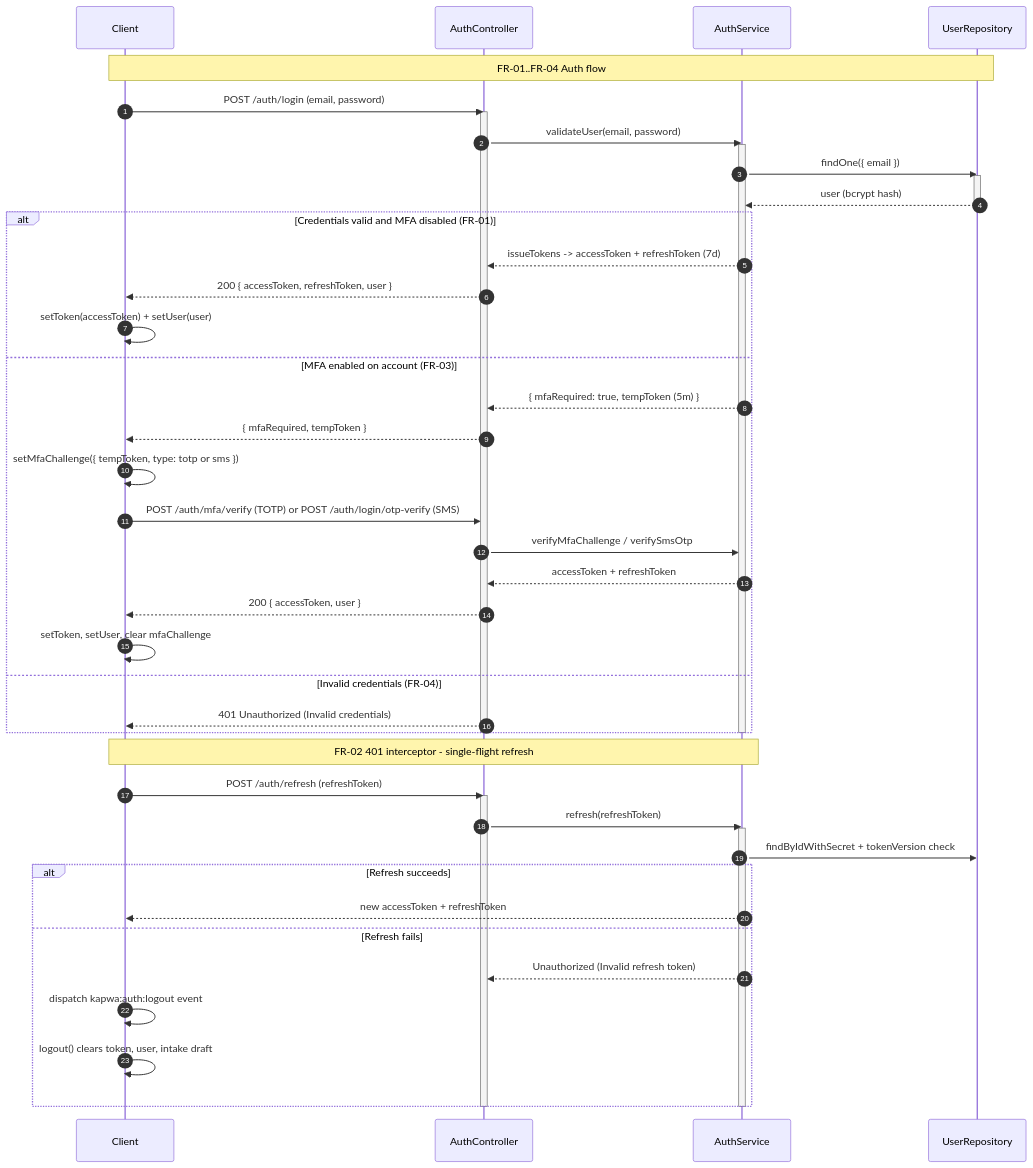
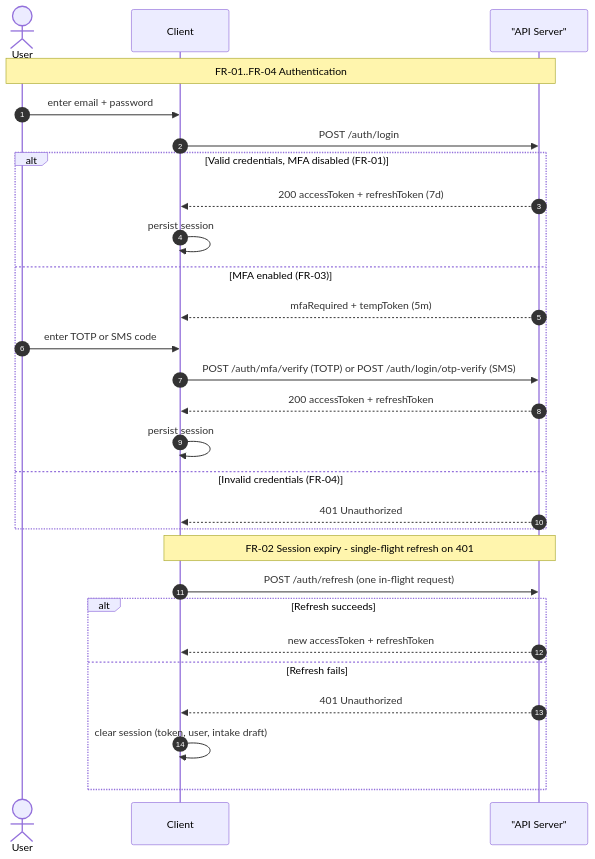
The first of 4 diagrams in docs/diagrams/03-sequence-diagram.md (urlsalimbot/THESIS1-KAPWA), drawn with Mermaid before and after one commit. The commit also changed other lines of this file and 6 other files, not shown here.

Commit message:
docs: add AWS deployment + role-matrix guides, refresh diagrams

````diff
--- a/docs/diagrams/03-sequence-diagram.md
+++ b/docs/diagrams/03-sequence-diagram.md
@@ -37,52 +39,32 @@
 ```mermaid
 sequenceDiagram
     autonumber
+    actor User
     participant Client
-    participant AuthController
-    participant AuthService
-    participant UserRepository
+    participant Server as "API Server"
 
-    Note over Client,UserRepository: FR-01..FR-04 Auth flow
-    Client->>AuthController: POST /auth/login (email, password)
-    activate AuthController
-    AuthController->>AuthService: validateUser(email, password)
-    activate AuthService
-    AuthService->>UserRepository: findOne({ email })
-    activate UserRepository
-    UserRepository-->>AuthService: user (bcrypt hash)
-    deactivate UserRepository
-    alt Credentials valid and MFA disabled (FR-01)
-        AuthService-->>AuthController: issueTokens -> accessToken + refreshToken (7d)
-        AuthController-->>Client: 200 { accessToken, refreshToken, user }
-        Client->>Client: setToken(accessToken) + setUser(user)
-    else MFA enabled on account (FR-03)
-        AuthService-->>AuthController: { mfaRequired: true, tempToken (5m) }
-        AuthController-->>Client: { mfaRequired, tempToken }
-        Client->>Client: setMfaChallenge({ tempToken, type: totp or sms })
-        Client->>AuthController: POST /auth/mfa/verify (TOTP) or POST /auth/login/otp-verify (SMS)
-        AuthController->>AuthService: verifyMfaChallenge / verifySmsOtp
-        AuthService-->>AuthController: accessToken + refreshToken
-        AuthController-->>Client: 200 { accessToken, user }
-        Client->>Client: setToken, setUser, clear mfaChallenge
+    Note over User,Server: FR-01..FR-04 Authentication
+    User->>Client: enter email + password
+    Client->>Server: POST /auth/login
+    alt Valid credentials, MFA disabled (FR-01)
+        Server-->>Client: 200 accessToken + refreshToken (7d)
+        Client->>Client: persist session
+    else MFA enabled (FR-03)
+        Server-->>Client: mfaRequired + tempToken (5m)
+        User->>Client: enter TOTP or SMS code
+        Client->>Server: POST /auth/mfa/verify (TOTP) or POST /auth/login/otp-verify (SMS)
+        Server-->>Client: 200 accessToken + refreshToken
+        Client->>Client: persist session
     else Invalid credentials (FR-04)
-        AuthController-->>Client: 401 Unauthorized (Invalid credentials)
+        Server-->>Client: 401 Unauthorized
     end
-    deactivate AuthService
-    deactivate AuthController
 
-    Note over Client,AuthService: FR-02 401 interceptor - single-flight refresh
-    Client->>AuthController: POST /auth/refresh (refreshToken)
-    activate AuthController
-    AuthController->>AuthService: refresh(refreshToken)
-    activate AuthService
-    AuthService->>UserRepository: findByIdWithSecret + tokenVersion check
+    Note over Client,Server: FR-02 Session expiry - single-flight refresh on 401
+    Client->>Server: POST /auth/refresh (one in-flight request)
     alt Refresh succeeds
-        AuthService-->>Client: new accessToken + refreshToken
+        Server-->>Client: new accessToken + refreshToken
     else Refresh fails
-        AuthService-->>AuthController: Unauthorized (Invalid refresh token)
-        Client->>Client: dispatch kapwa:auth:logout event
-        Client->>Client: logout() clears token, user, intake draft
+        Server-->>Client: 401 Unauthorized
+        Client->>Client: clear session (token, user, intake draft)
     end
-    deactivate AuthService
-    deactivate AuthController
 ```
````
